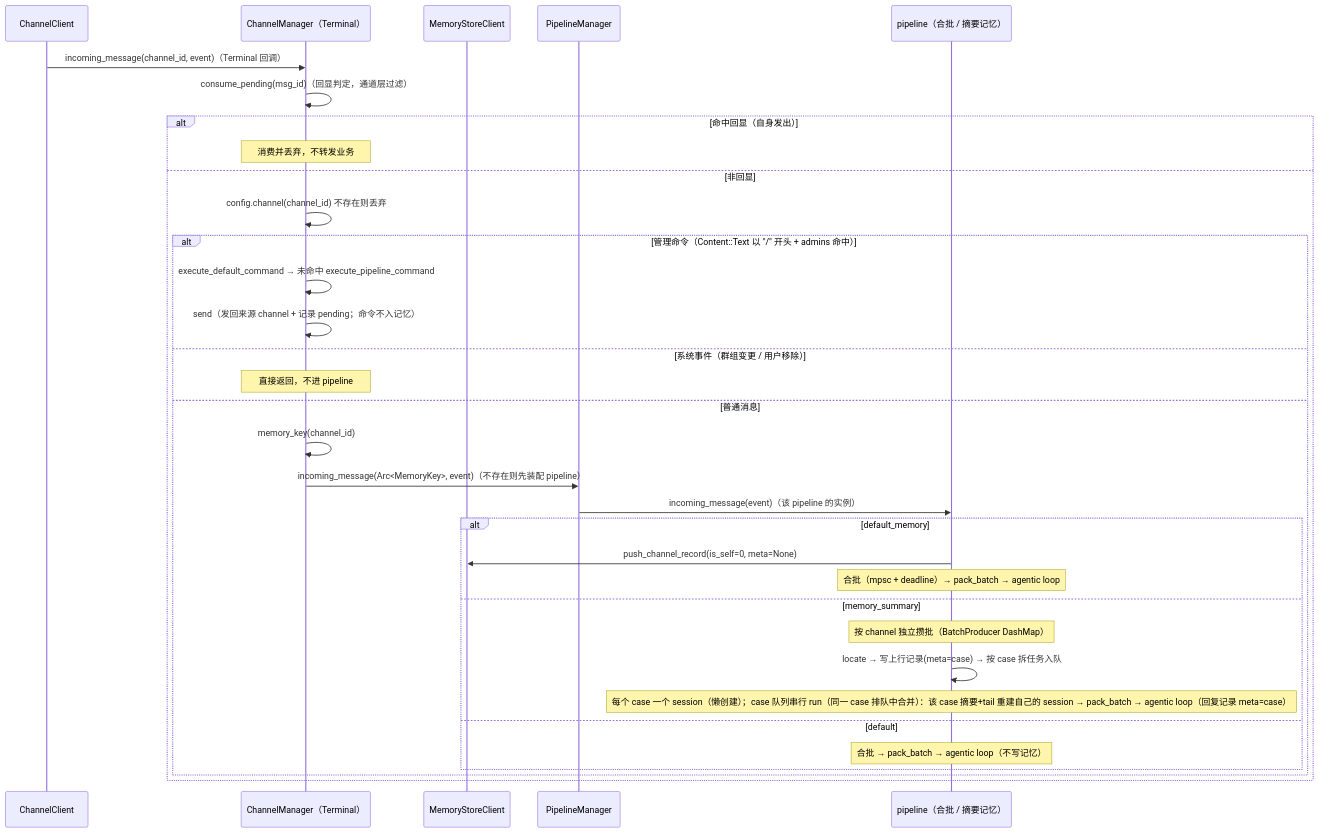
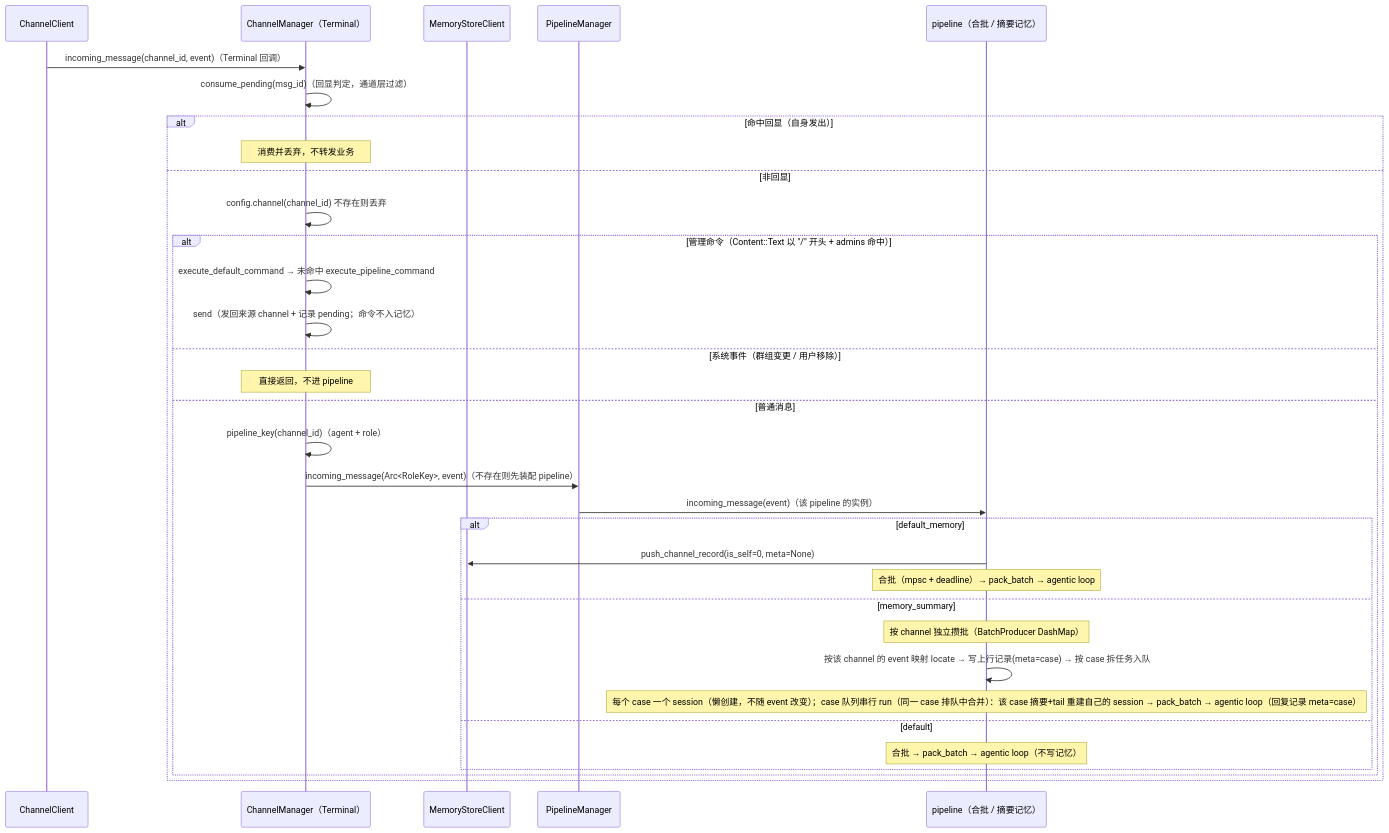
The third of 5 diagrams in docs/spec/agent-modules.md (coldcloude/kissbot), drawn with Mermaid before and after one commit. The commit also changed other lines of this file and 13 other files, not shown here.

First line of the commit message:
event 与 channel 解耦，pipeline 维护当前 event

````diff
--- a/docs/spec/agent-modules.md
+++ b/docs/spec/agent-modules.md
@@ -132,36 +132,36 @@
 ```mermaid
 sequenceDiagram
     participant CC as ChannelClient
     participant CHM as ChannelManager（Terminal）
     participant MSC as MemoryStoreClient
     participant PLS as PipelineManager
     participant IP as pipeline（合批 / 摘要记忆）
 
     CC->>CHM: incoming_message(channel_id, event)（Terminal 回调）
     CHM->>CHM: consume_pending(msg_id)（回显判定，通道层过滤）
     alt 命中回显（自身发出）
         Note over CHM: 消费并丢弃，不转发业务
     else 非回显
         CHM->>CHM: config.channel(channel_id) 不存在则丢弃
         alt 管理命令（Content::Text 以 "/" 开头 + admins 命中）
             CHM->>CHM: execute_default_command → 未命中 execute_pipeline_command
             CHM->>CHM: send（发回来源 channel + 记录 pending；命令不入记忆）
         else 系统事件（群组变更 / 用户移除）
             Note over CHM: 直接返回，不进 pipeline
         else 普通消息
-            CHM->>CHM: memory_key(channel_id)
-            CHM->>PLS: incoming_message(Arc<MemoryKey>, event)（不存在则先装配 pipeline）
+            CHM->>CHM: pipeline_key(channel_id)（agent + role）
+            CHM->>PLS: incoming_message(Arc<RoleKey>, event)（不存在则先装配 pipeline）
             PLS->>IP: incoming_message(event)（该 pipeline 的实例）
             alt default_memory
                 IP->>MSC: push_channel_record(is_self=0, meta=None)
                 Note over IP: 合批（mpsc + deadline）→ pack_batch → agentic loop
             else memory_summary
                 Note over IP: 按 channel 独立攒批（BatchProducer DashMap）
-                IP->>IP: locate → 写上行记录(meta=case) → 按 case 拆任务入队
-                Note over IP: 每个 case 一个 session（懒创建）；case 队列串行 run（同一 case 排队中合并）：该 case 摘要+tail 重建自己的 session → pack_batch → agentic loop（回复记录 meta=case）
+                IP->>IP: 按该 channel 的 event 映射 locate → 写上行记录(meta=case) → 按 case 拆任务入队
+                Note over IP: 每个 case 一个 session（懒创建，不随 event 改变）；case 队列串行 run（同一 case 排队中合并）：该 case 摘要+tail 重建自己的 session → pack_batch → agentic loop（回复记录 meta=case）
             else default
                 Note over IP: 合批 → pack_batch → agentic loop（不写记忆）
             end
         end
     end
 ```
````
